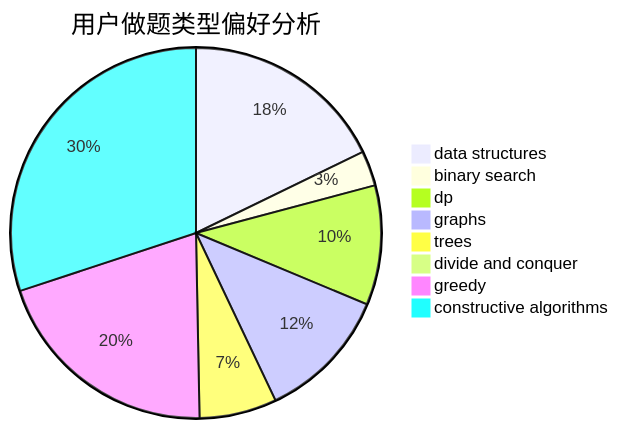
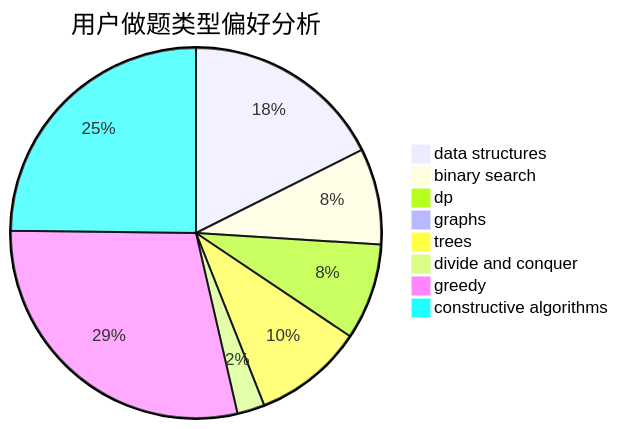
The second of 3 diagrams in docs/user/u1228.md (sherpahu/cfrs.github.io), drawn with Mermaid before and after one commit. The commit also changed other lines of this file and 2770 other files, not shown here.

````diff
--- a/docs/user/u1228.md
+++ b/docs/user/u1228.md
@@ -23,11 +23,11 @@
 ```mermaid
 pie title 用户做题类型偏好分析
-    "data structures" :  29
-    "binary search" :  5
-    "dp" :  17
-    "graphs" :  19
-    "trees" :  11
-    "divide and conquer" :  0
-    "greedy" :  33
-    "constructive algorithms" :  49
+    "data structures" :  44
+    "binary search" :  21
+    "dp" :  21
+    "graphs" :  0
+    "trees" :  24
+    "divide and conquer" :  6
+    "greedy" :  72
+    "constructive algorithms" :  62
 ```
````
